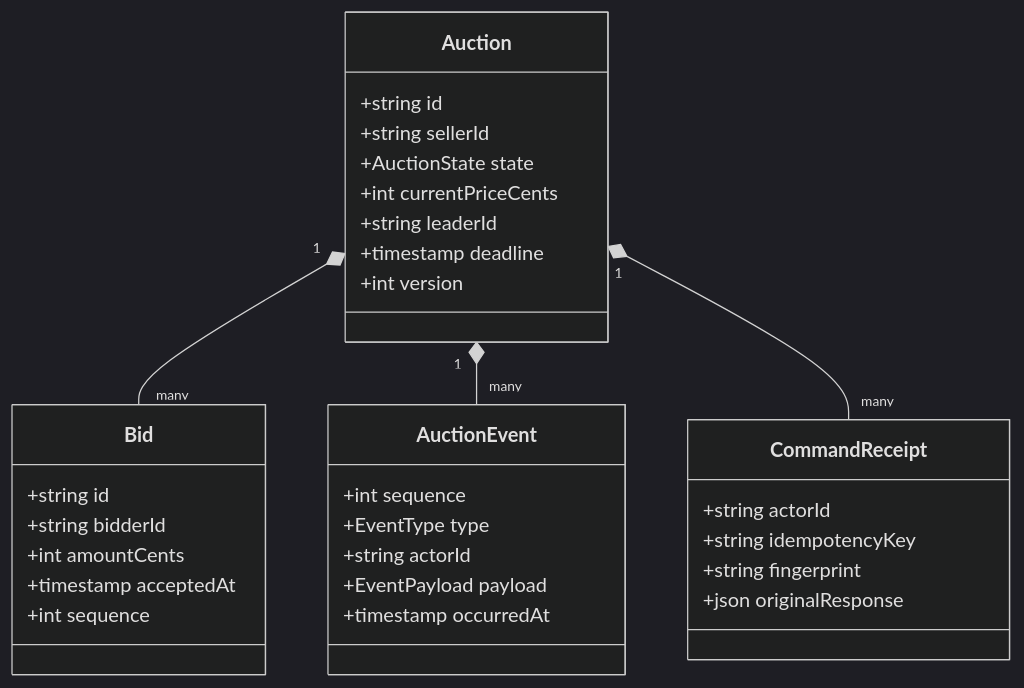
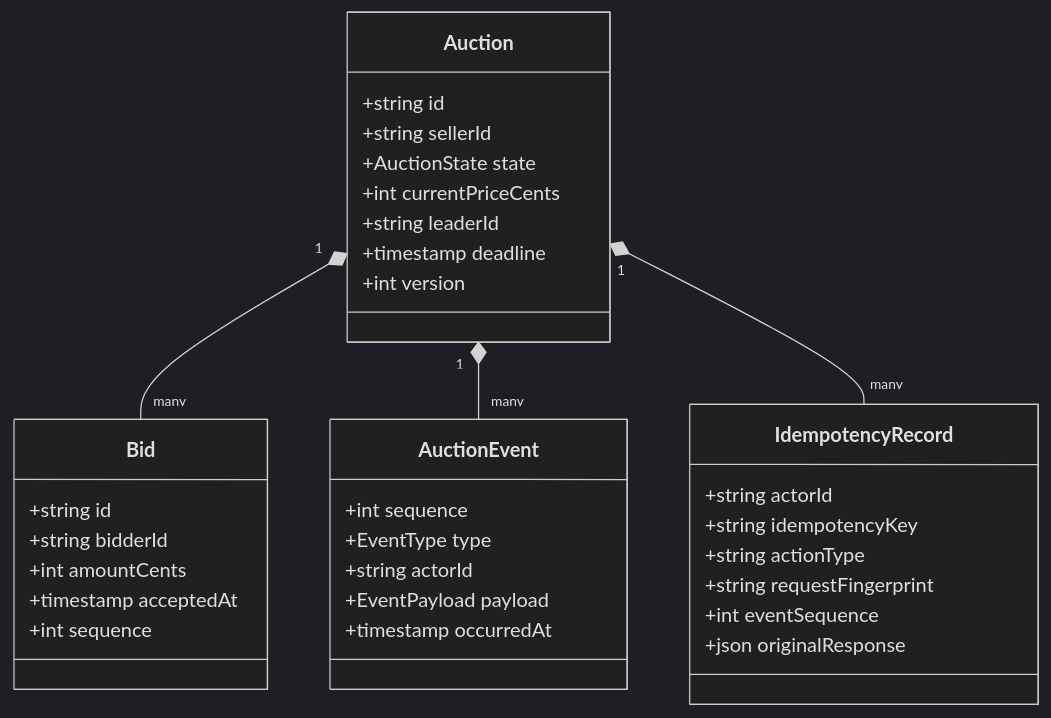
One commit to aranlucas/live-auction changed the first of 12 diagrams in SYSTEM_DESIGN.md. Above: the diagram before and after it, drawn with Mermaid (dark theme). The commit also changed other lines of this file and 8 other files, not shown here.

````diff
--- a/SYSTEM_DESIGN.md
+++ b/SYSTEM_DESIGN.md
@@ -74,36 +74,38 @@
 ```mermaid
 classDiagram
     class Auction {
         +string id
         +string sellerId
         +AuctionState state
         +int currentPriceCents
         +string leaderId
         +timestamp deadline
         +int version
     }
     class Bid {
         +string id
         +string bidderId
         +int amountCents
         +timestamp acceptedAt
         +int sequence
     }
     class AuctionEvent {
         +int sequence
         +EventType type
         +string actorId
         +EventPayload payload
         +timestamp occurredAt
     }
-    class CommandReceipt {
+    class IdempotencyRecord {
         +string actorId
         +string idempotencyKey
-        +string fingerprint
+        +string actionType
+        +string requestFingerprint
+        +int eventSequence
         +json originalResponse
     }
 
     Auction "1" *-- "many" Bid
     Auction "1" *-- "many" AuctionEvent
-    Auction "1" *-- "many" CommandReceipt
+    Auction "1" *-- "many" IdempotencyRecord
 ```
````
